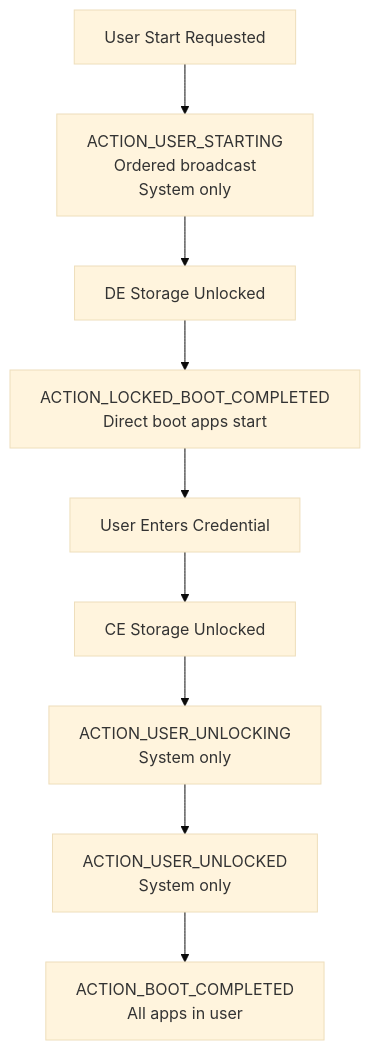
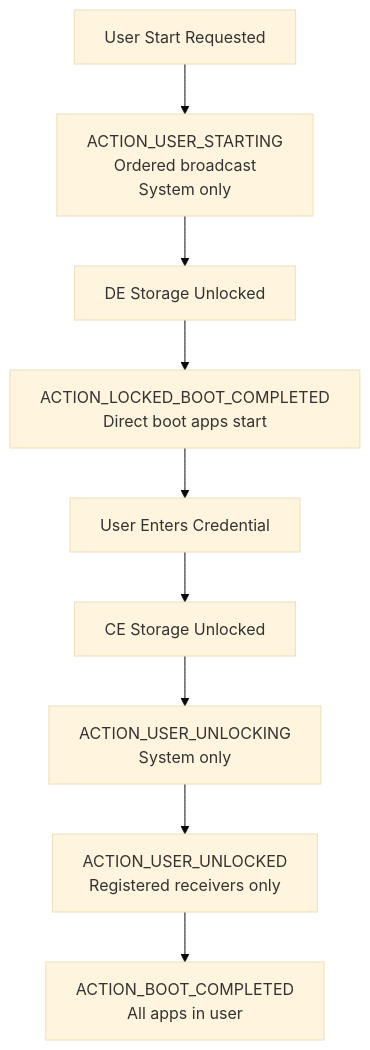
One commit to aospbooks/aosp-internal-book changed diagram 18 of 28 in 31-multi-user.md. Above: the diagram before and after it, drawn with Mermaid (base theme). The commit also changed other lines of this file and 218 other files, not shown here.

````diff
--- a/31-multi-user.md
+++ b/31-multi-user.md
@@ -1922,11 +1950,11 @@
 ```mermaid
 graph TD
     START[User Start Requested] --> B1["ACTION_USER_STARTING<br/>Ordered broadcast<br/>System only"]
     B1 --> DE[DE Storage Unlocked]
     DE --> B2["ACTION_LOCKED_BOOT_COMPLETED<br/>Direct boot apps start"]
     B2 --> CRED[User Enters Credential]
     CRED --> CE[CE Storage Unlocked]
     CE --> B3["ACTION_USER_UNLOCKING<br/>System only"]
-    B3 --> B4["ACTION_USER_UNLOCKED<br/>System only"]
+    B3 --> B4["ACTION_USER_UNLOCKED<br/>Registered receivers only"]
     B4 --> B5["ACTION_BOOT_COMPLETED<br/>All apps in user"]
 ```
````
